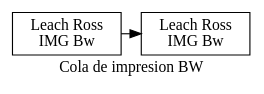
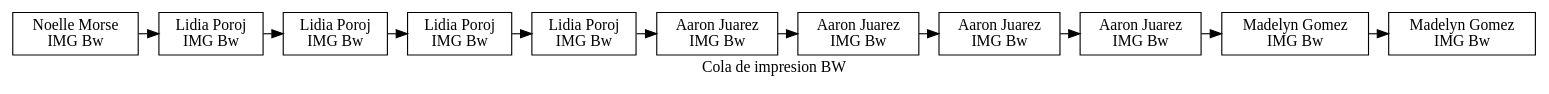
Before and after one commit to Kelly901/EDD_PROYECTO_FASE1_201900716: the diagram in [EDD]PROYECTO_FASE1_201900716/Proyecto1_Edd/impresoraBw.dot, drawn with Graphviz. The commit also changed 54 other files, not shown here.

```diff
--- a/[EDD]PROYECTO_FASE1_201900716/Proyecto1_Edd/impresoraBw.dot
+++ b/[EDD]PROYECTO_FASE1_201900716/Proyecto1_Edd/impresoraBw.dot
@@ -1,13 +1,40 @@
 digraph G{
 label="Cola de impresion BW";
 node[shape=box];
-n424058530[label="Leach Ross
+n603742814[label="Madelyn Gomez
 IMG Bw "];
-n321001045[label="Leach Ross
+n1067040082[label="Madelyn Gomez
+IMG Bw "];
+n1325547227[label="Aaron Juarez
+IMG Bw "];
+n980546781[label="Aaron Juarez
+IMG Bw "];
+n2061475679[label="Aaron Juarez
+IMG Bw "];
+n140435067[label="Aaron Juarez
+IMG Bw "];
+n1450495309[label="Lidia Poroj
+IMG Bw "];
+n1670782018[label="Lidia Poroj
+IMG Bw "];
+n1706377736[label="Lidia Poroj
+IMG Bw "];
+n468121027[label="Lidia Poroj
+IMG Bw "];
+n1804094807[label="Noelle Morse
 IMG Bw "];
 
 {rank=same;
-n321001045->n424058530;
+n1067040082->n603742814;
+n1325547227->n1067040082;
+n980546781->n1325547227;
+n2061475679->n980546781;
+n140435067->n2061475679;
+n1450495309->n140435067;
+n1670782018->n1450495309;
+n1706377736->n1670782018;
+n468121027->n1706377736;
+n1804094807->n468121027;
 
 }
 }
```
